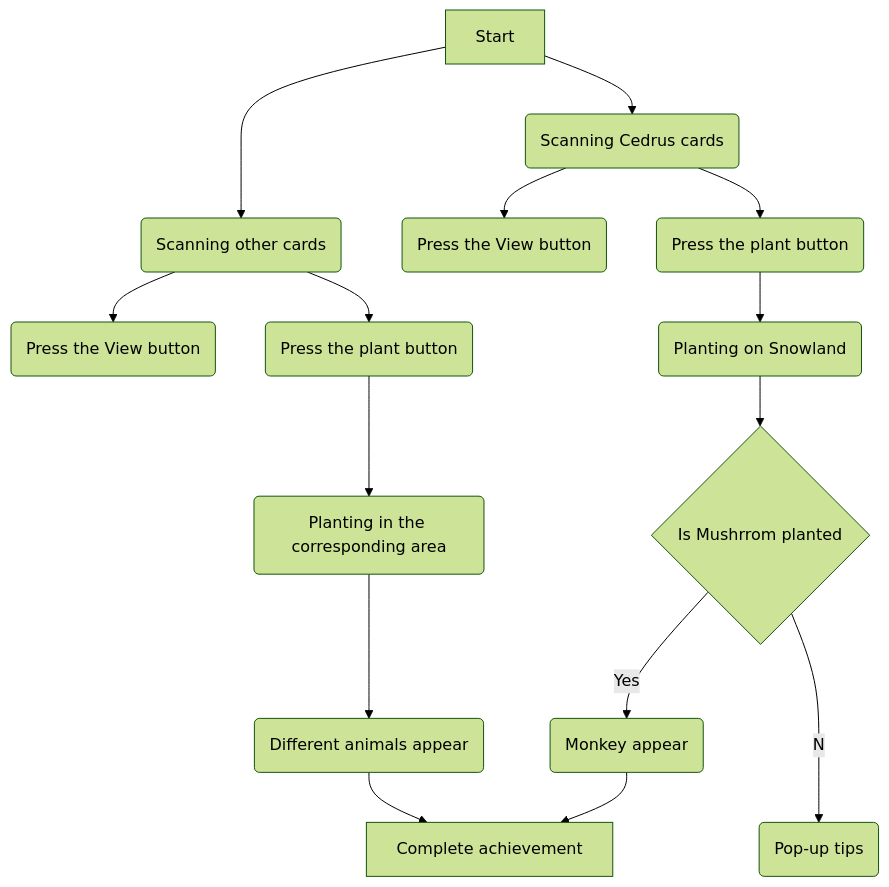
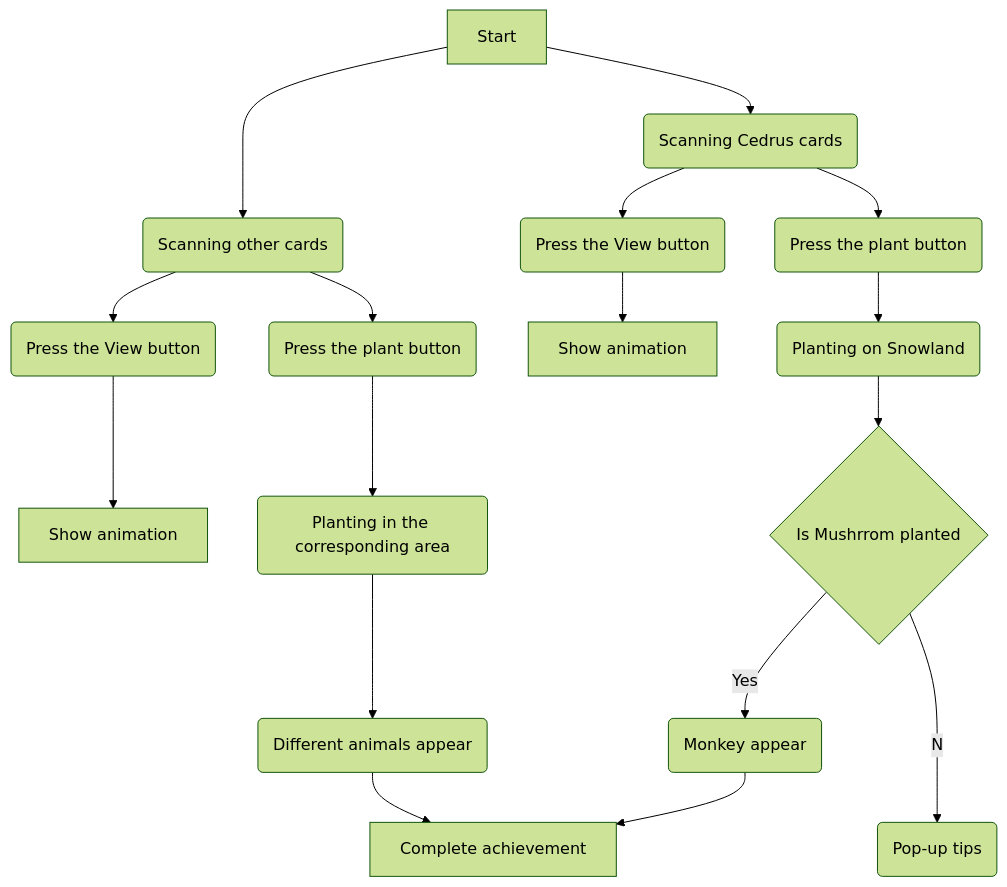
Before and after one commit to zhangxiangna/CreativeMakingFinalProject: the diagram in README.md, drawn with Mermaid (forest theme). The commit also changed other lines of this file, not shown here.

````diff
--- a/README.md
+++ b/README.md
@@ -3,17 +6,19 @@
 ```mermaid
 flowchart  TD;
     A[Start] --> B(Scanning other cards)
     B --> D(Press the View button)
     A -->E(Scanning Cedrus cards)
     B -->G(Press the plant button)
     G -->C(Planting in the corresponding area)
     C -->H(Different animals appear)
     E -->J(Press the View button)
+    J -->Q[Show animation]
+    D -->R[Show animation]
     E -->K(Press the plant button)
     K -->N(Planting on Snowland)
     N -->L{Is Mushrrom planted}
     L --Yes-->M(Monkey appear)
     L --No-->O(Pop-up tips)
     M -->P[Complete achievement]
     H -->P
 ```
````
